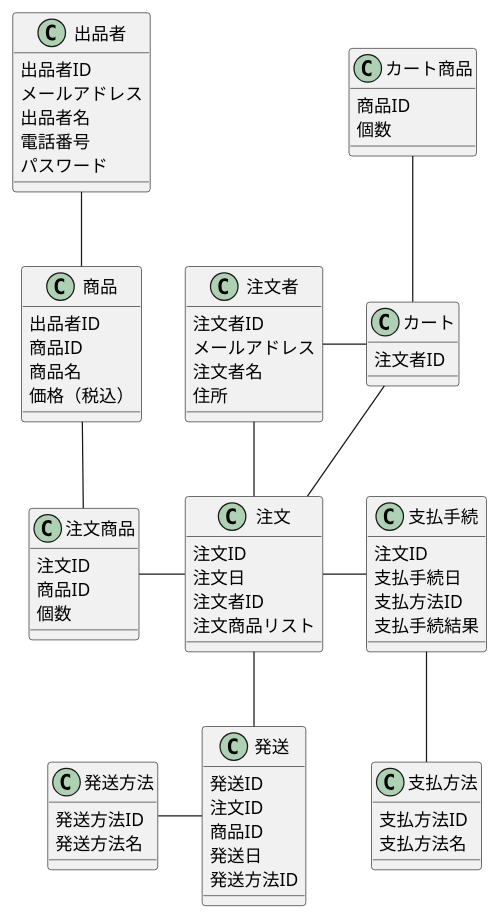
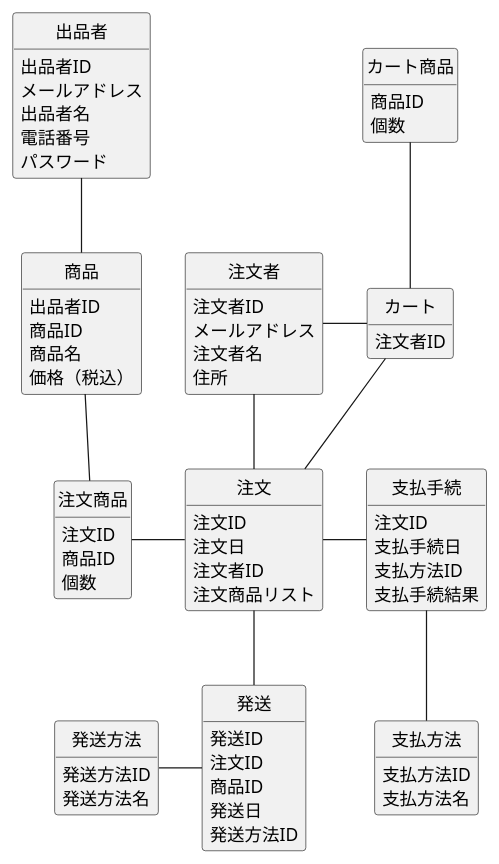
One commit to k-ookawara/sample-shopping-site changed the second of 2 diagrams in doc/consept.md. Above: the diagram before and after it, drawn with PlantUML. The commit also changed other lines of this file and 2 other files, not shown here.

Commit message:
ショッピングサイトイメージの追加。クラス図を概念モデル図として修正。

```diff
--- a/doc/consept.md
+++ b/doc/consept.md
@@ -46,72 +61,76 @@
 @startuml
+
+hide circle
+hide method
+
 class 出品者 {
   出品者ID
   メールアドレス
   出品者名
   電話番号
   パスワード
 }
 class 商品 {
   出品者ID
   商品ID
   商品名
   価格（税込）
 }
 class 注文者 {
   注文者ID
   メールアドレス
   注文者名
   住所
 }
 class カート {
   注文者ID
 }
 class カート商品 {
   商品ID
   個数
 }
 class 注文 {
   注文ID
   注文日
   注文者ID
   注文商品リスト
 }
 class 注文商品 {
   注文ID
   商品ID
   個数
 }
 class 支払手続 {
   注文ID
   支払手続日
   支払方法ID
   支払手続結果
 }
 class 支払方法 {
   支払方法ID
   支払方法名
 }
 class 発送 {
   発送ID
   注文ID
   商品ID
   発送日
   発送方法ID
 }
 class 発送方法 {
   発送方法ID
   発送方法名
 }
 
-出品者  --  商品
+出品者 -- 商品
 注文者 -- 注文
 注文 -left- 注文商品
 商品 -- 注文商品
 注文 -- 発送
 注文 -right- 支払手続
 カート -left- 注文者
 カート -right- 注文
 カート -up- カート商品
 支払手続 -- 支払方法
 発送 -left- 発送方法
 @enduml
```
